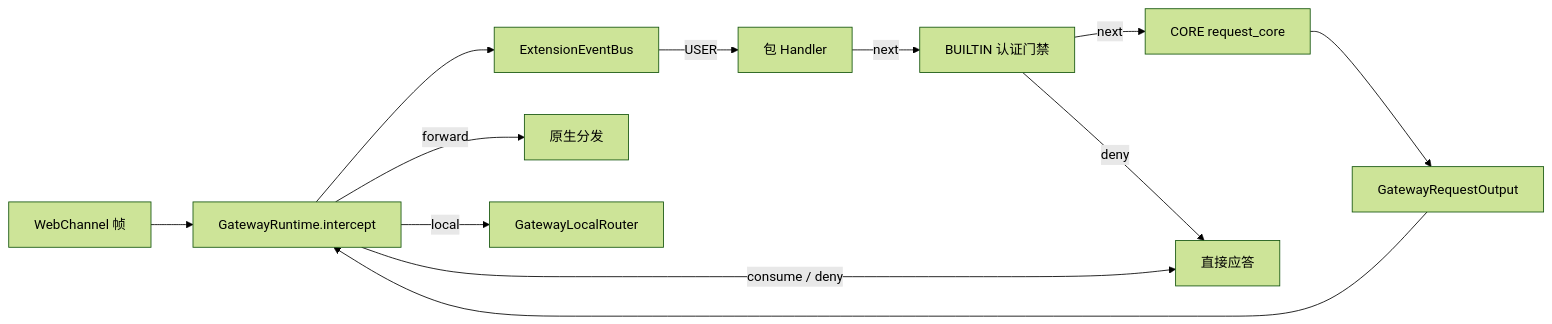
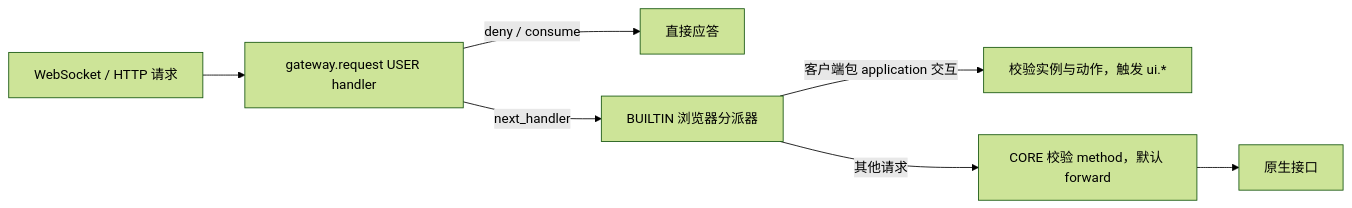
Before and after one commit to openJiuwen-ai/jiuwenswarm: the diagram in jiuwenswarm/gateway/extensions_v2/docs/features/F_02_gateway-request-and-auth-gate.md, drawn with Mermaid (forest theme). The commit also changed other lines of this file and 25 other files, not shown here.

Commit message:
refactor(gateway): remove legacy builtin authentication gate

````diff
--- a/jiuwenswarm/gateway/extensions_v2/docs/features/F_02_gateway-request-and-auth-gate.md
+++ b/jiuwenswarm/gateway/extensions_v2/docs/features/F_02_gateway-request-and-auth-gate.md
@@ -43,14 +35,9 @@
 ```mermaid
 flowchart LR
-    WS["WebChannel 帧"] --> RT["GatewayRuntime.intercept"]
-    RT --> BUS["ExtensionEventBus"]
-    BUS -->|"USER"| P["包 Handler"]
-    P -->|"next"| G["BUILTIN 认证门禁"]
-    G -->|"next"| C["CORE request_core"]
-    C --> OUT["GatewayRequestOutput"]
-    OUT --> RT
-    RT -->|"forward"| NATIVE["原生分发"]
-    RT -->|"local"| ROUTER["GatewayLocalRouter"]
-    RT -->|"consume / deny"| RESP["直接应答"]
-    G -->|"deny"| RESP
+    REQUEST["WebSocket / HTTP 请求"] --> POLICY["gateway.request USER handler"]
+    POLICY -->|"deny / consume"| RESPONSE["直接应答"]
+    POLICY -->|"next_handler"| DISPATCH["BUILTIN 浏览器分派器"]
+    DISPATCH -->|"客户端包 application 交互"| UI["校验实例与动作，触发 ui.*"]
+    DISPATCH -->|"其他请求"| CORE["CORE 校验 method，默认 forward"]
+    CORE --> NATIVE["原生接口"]
 ```
````
